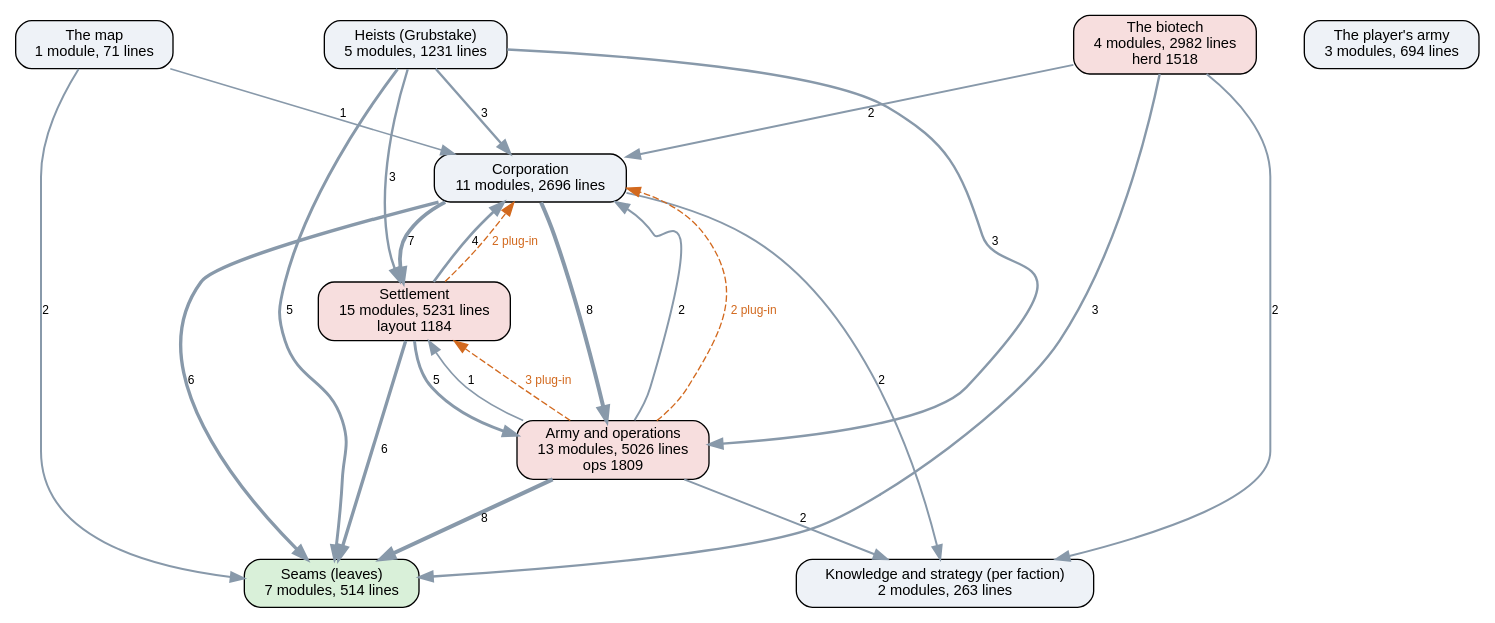
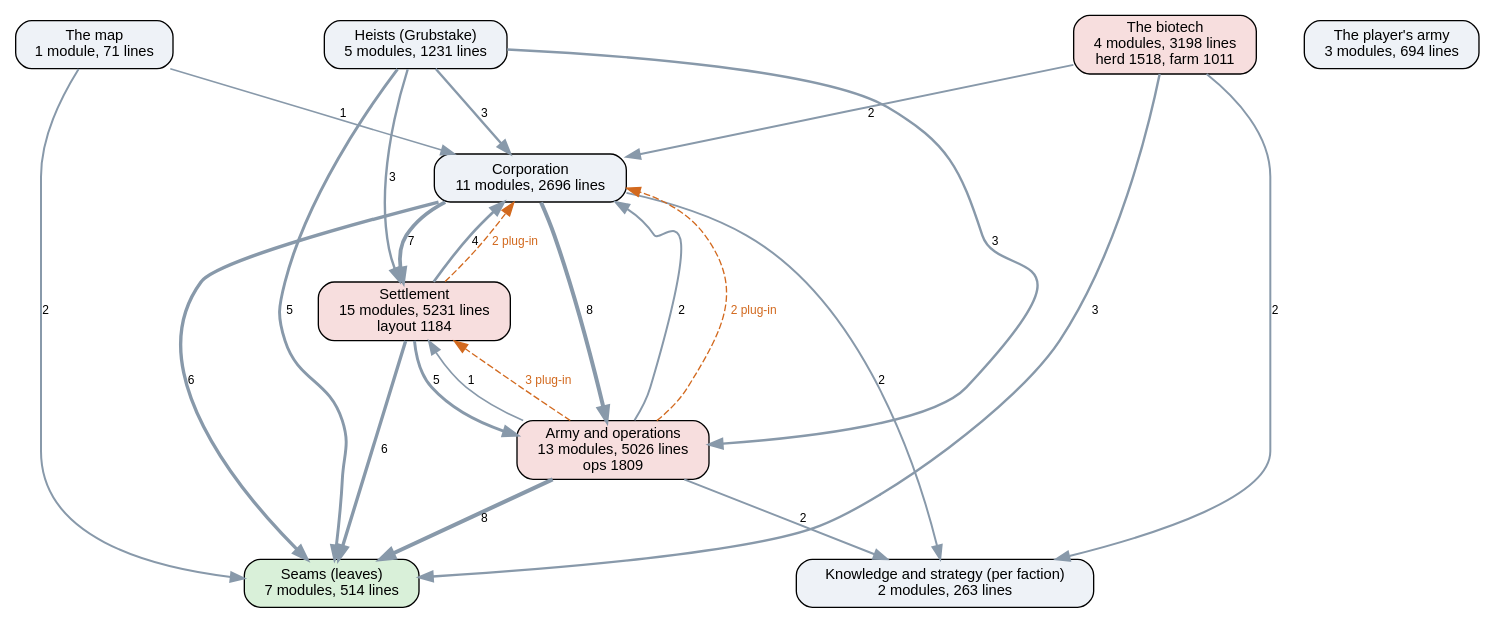
Before and after one commit to kinelhu/landing-party: the diagram in docs/ai-layers.dot, drawn with Graphviz. The commit also changed 12 other files, not shown here.

```diff
--- a/docs/ai-layers.dot
+++ b/docs/ai-layers.dot
@@ -1,37 +1,37 @@
 digraph layers {
   graph [rankdir=TB, fontname="Helvetica", nodesep=0.5, ranksep=0.7];
   node [shape=box, style="rounded,filled", fontname="Helvetica", fontsize=11, fillcolor="#eef2f7"];
   edge [color="#8899aa", fontname="Helvetica", fontsize=9];
   "Seams (leaves)" [label="Seams (leaves)\n7 modules, 514 lines", fillcolor="#d9f0d9"];
   "Knowledge and strategy (per faction)" [label="Knowledge and strategy (per faction)\n2 modules, 263 lines", fillcolor="#eef2f7"];
   "Corporation" [label="Corporation\n11 modules, 2696 lines", fillcolor="#eef2f7"];
   "Settlement" [label="Settlement\n15 modules, 5231 lines\nlayout 1184", fillcolor="#f7dede"];
   "Army and operations" [label="Army and operations\n13 modules, 5026 lines\nops 1809", fillcolor="#f7dede"];
   "Heists (Grubstake)" [label="Heists (Grubstake)\n5 modules, 1231 lines", fillcolor="#eef2f7"];
-  "The biotech" [label="The biotech\n4 modules, 2982 lines\nherd 1518", fillcolor="#f7dede"];
+  "The biotech" [label="The biotech\n4 modules, 3198 lines\nherd 1518, farm 1011", fillcolor="#f7dede"];
   "The map" [label="The map\n1 module, 71 lines", fillcolor="#eef2f7"];
   "The player's army" [label="The player's army\n3 modules, 694 lines", fillcolor="#eef2f7"];
   "Army and operations" -> "Corporation" [label="2", penwidth=1.5];
   "Army and operations" -> "Knowledge and strategy (per faction)" [label="2", penwidth=1.5];
   "Army and operations" -> "Seams (leaves)" [label="8", penwidth=3.0];
   "Army and operations" -> "Settlement" [label="1", penwidth=1.2];
   "Corporation" -> "Army and operations" [label="8", penwidth=3.0];
   "Corporation" -> "Knowledge and strategy (per faction)" [label="2", penwidth=1.5];
   "Corporation" -> "Seams (leaves)" [label="6", penwidth=2.5];
   "Corporation" -> "Settlement" [label="7", penwidth=2.8];
   "Heists (Grubstake)" -> "Army and operations" [label="3", penwidth=1.8];
   "Heists (Grubstake)" -> "Corporation" [label="3", penwidth=1.8];
   "Heists (Grubstake)" -> "Seams (leaves)" [label="5", penwidth=2.2];
   "Heists (Grubstake)" -> "Settlement" [label="3", penwidth=1.8];
   "Settlement" -> "Army and operations" [label="5", penwidth=2.2];
   "Settlement" -> "Corporation" [label="4", penwidth=2.0];
   "Settlement" -> "Seams (leaves)" [label="6", penwidth=2.5];
   "The biotech" -> "Corporation" [label="2", penwidth=1.5];
   "The biotech" -> "Knowledge and strategy (per faction)" [label="2", penwidth=1.5];
   "The biotech" -> "Seams (leaves)" [label="3", penwidth=1.8];
   "The map" -> "Corporation" [label="1", penwidth=1.2];
   "The map" -> "Seams (leaves)" [label="2", penwidth=1.5];
   "Army and operations" -> "Corporation" [style=dashed, color="#d2691e", fontcolor="#d2691e", label="2 plug-in"];
   "Army and operations" -> "Settlement" [style=dashed, color="#d2691e", fontcolor="#d2691e", label="3 plug-in"];
   "Settlement" -> "Corporation" [style=dashed, color="#d2691e", fontcolor="#d2691e", label="2 plug-in"];
 }
```
